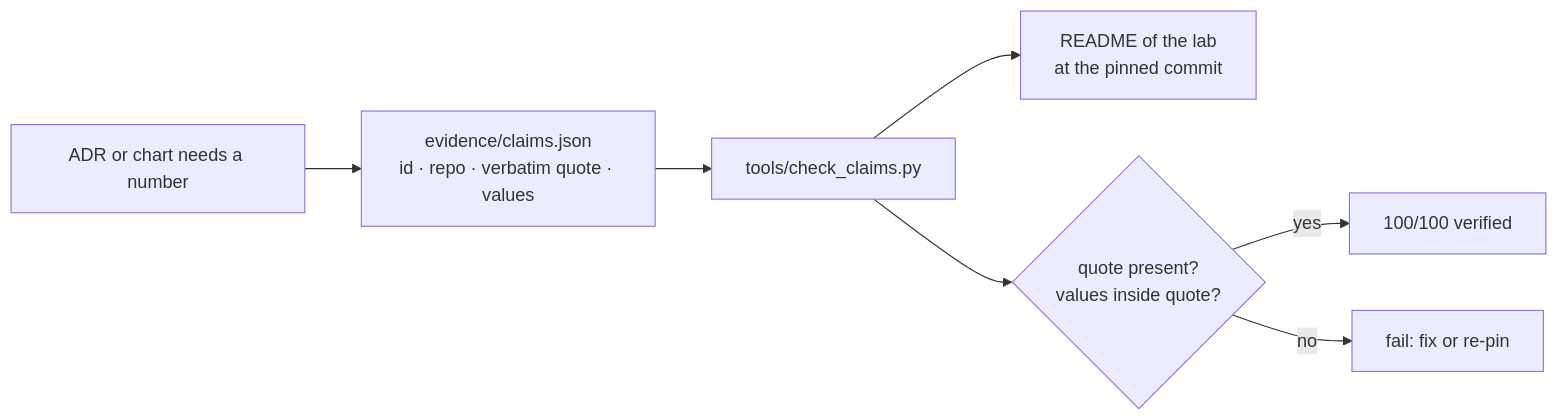
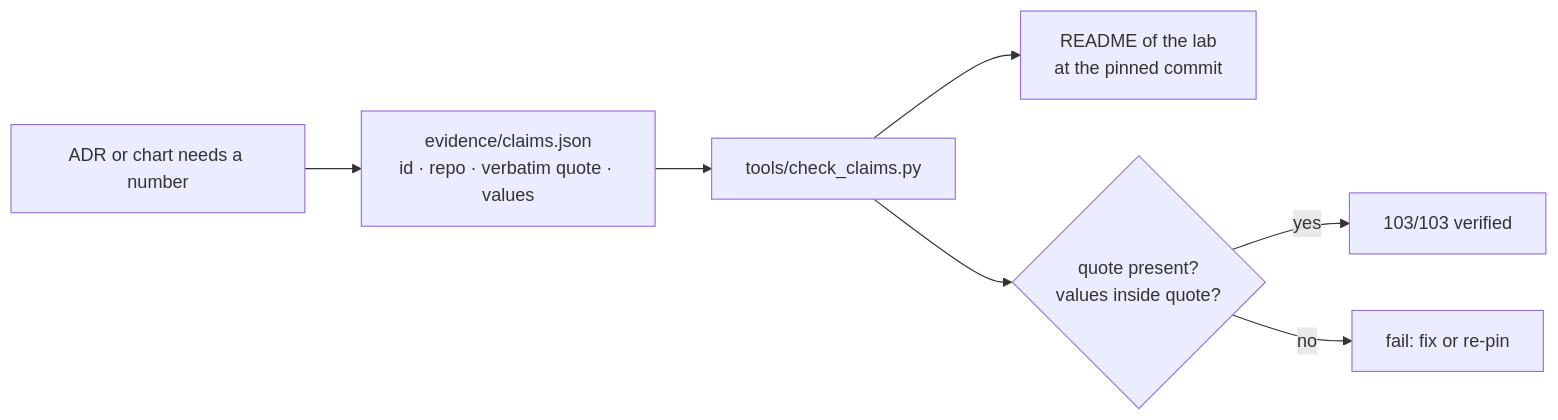
The second of 2 diagrams in README.md (masterfabric/masterfabric-data-architecture-adr), drawn with Mermaid before and after one commit. The commit also changed other lines of this file and 1 other file, not shown here.

Commit message:
docs(readme): ADR 0013 row, thirteen ADRs, 103/103 verified; timeline entry

````diff
--- a/README.md
+++ b/README.md
@@ -127,9 +128,9 @@
 ```mermaid
 flowchart LR
   A[ADR or chart needs a number] --> C[evidence/claims.json<br/>id · repo · verbatim quote · values]
   C --> K[tools/check_claims.py]
   K --> G[README of the lab<br/>at the pinned commit]
   K --> V{quote present?<br/>values inside quote?}
-  V -- yes --> OK[100/100 verified]
+  V -- yes --> OK[103/103 verified]
   V -- no --> F[fail: fix or re-pin]
 ```
````
